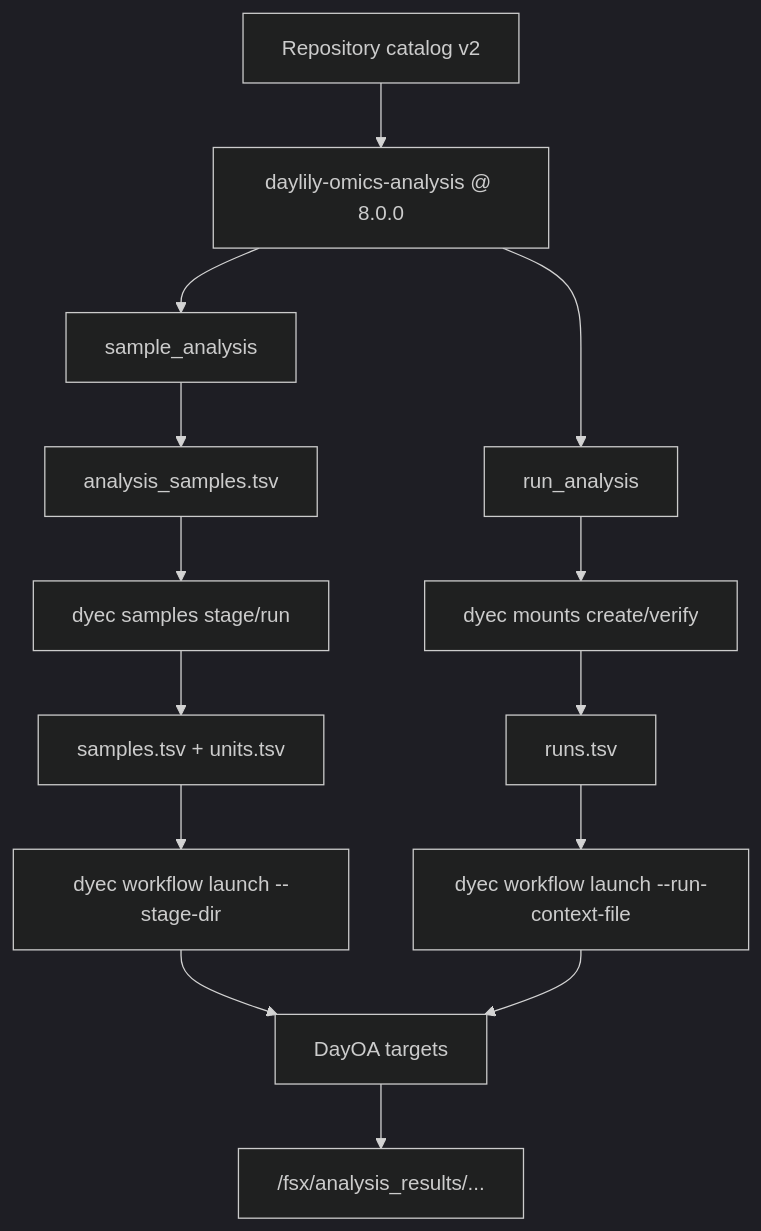
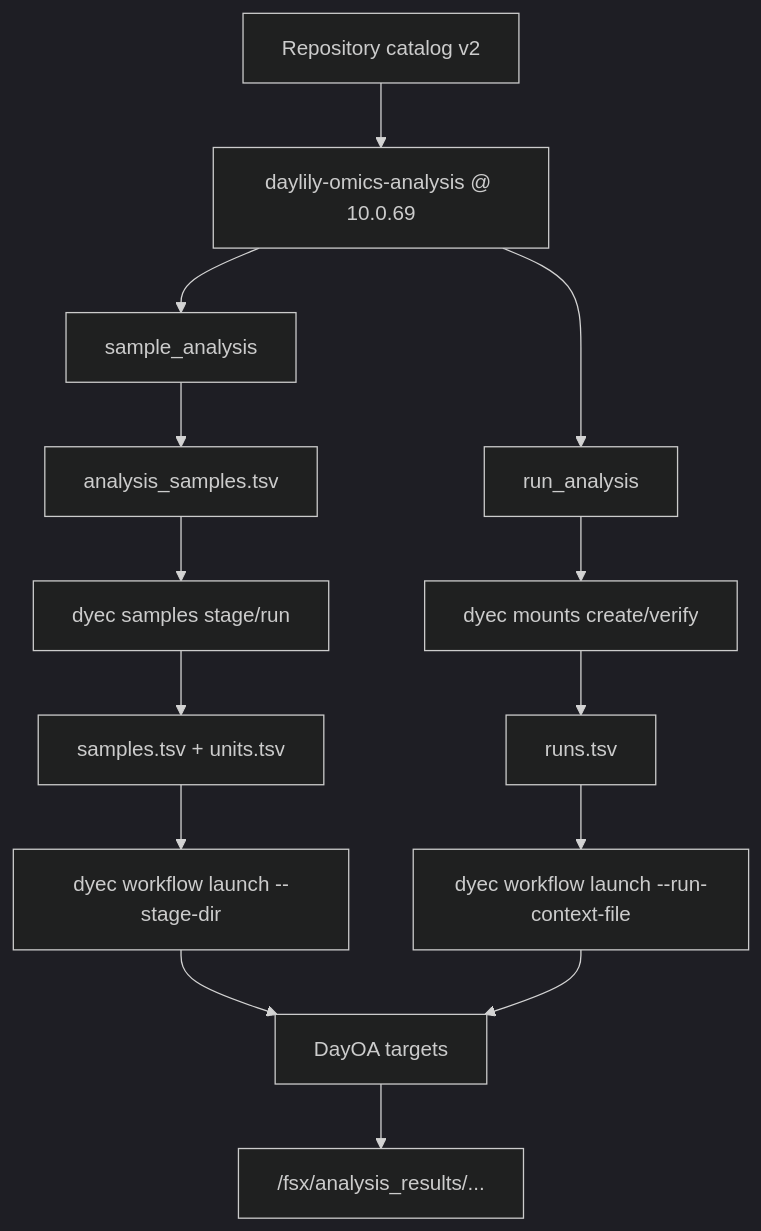
One commit to Daylily-Informatics/daylily-ephemeral-cluster changed the third of 3 diagrams in docs/dra_fsx_strategy.md. Above: the diagram before and after it, drawn with Mermaid (dark theme). The commit also changed other lines of this file and 15 other files, not shown here.

````diff
--- a/docs/dra_fsx_strategy.md
+++ b/docs/dra_fsx_strategy.md
@@ -103,19 +103,19 @@
 ```mermaid
 flowchart TB
-  Catalog["Repository catalog v2"] --> Repo["daylily-omics-analysis @ 8.0.0"]
+  Catalog["Repository catalog v2"] --> Repo["daylily-omics-analysis @ 10.0.69"]
   Repo --> Sample["sample_analysis"]
   Repo --> Run["run_analysis"]
 
   Sample --> Manifest["analysis_samples.tsv"]
   Manifest --> Stage["dyec samples stage/run"]
   Stage --> TSV["samples.tsv + units.tsv"]
   TSV --> LaunchA["dyec workflow launch --stage-dir"]
 
   Run --> Mount["dyec mounts create/verify"]
   Mount --> Runs["runs.tsv"]
   Runs --> LaunchB["dyec workflow launch --run-context-file"]
 
   LaunchA --> DayOA["DayOA targets"]
   LaunchB --> DayOA
   DayOA --> Results["/fsx/analysis_results/..."]
 ```
````
